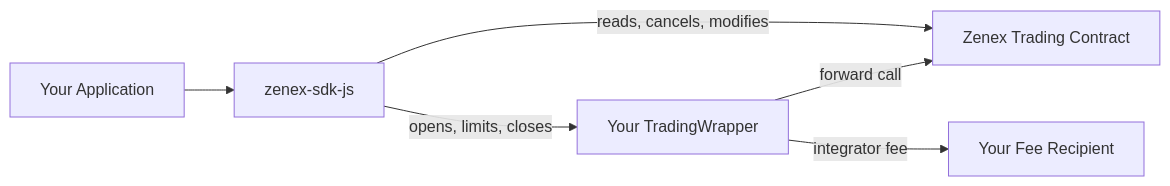
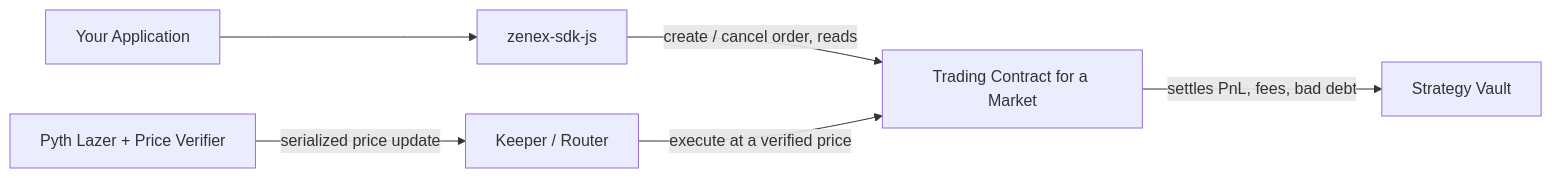
The diagram in integrations/overview.md (zenith-protocols/zenex-docs), drawn with Mermaid before and after one commit. The commit also changed other lines of this file and 4 other files, not shown here.

Commit message:
docs(integrations): rewrite SDK, indexing, quickstart, price-feed for v2

````diff
--- a/integrations/overview.md
+++ b/integrations/overview.md
@@ -14,14 +26,15 @@
 ```mermaid
 flowchart LR
     UI[Your Application]
     SDK[zenex-sdk-js]
-    Wrapper[Your TradingWrapper]
-    Trading[Zenex Trading Contract]
-    FeeRecipient[Your Fee Recipient]
+    Trading[Trading Contract for a Market]
+    Vault[Strategy Vault]
+    Keeper[Keeper / Router]
+    Oracle[Pyth Lazer + Price Verifier]
 
     UI --> SDK
-    SDK -->|opens, limits, closes| Wrapper
-    SDK -->|reads, cancels, modifies| Trading
-    Wrapper -->|forward call| Trading
-    Wrapper -->|integrator fee| FeeRecipient
+    SDK -->|create / cancel order, reads| Trading
+    Keeper -->|execute at a verified price| Trading
+    Oracle -->|serialized price update| Keeper
+    Trading -->|settles PnL, fees, bad debt| Vault
 ```
````
